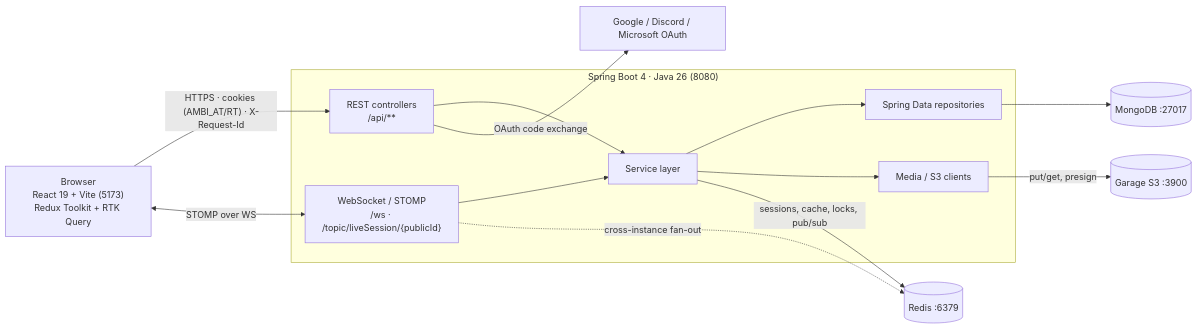
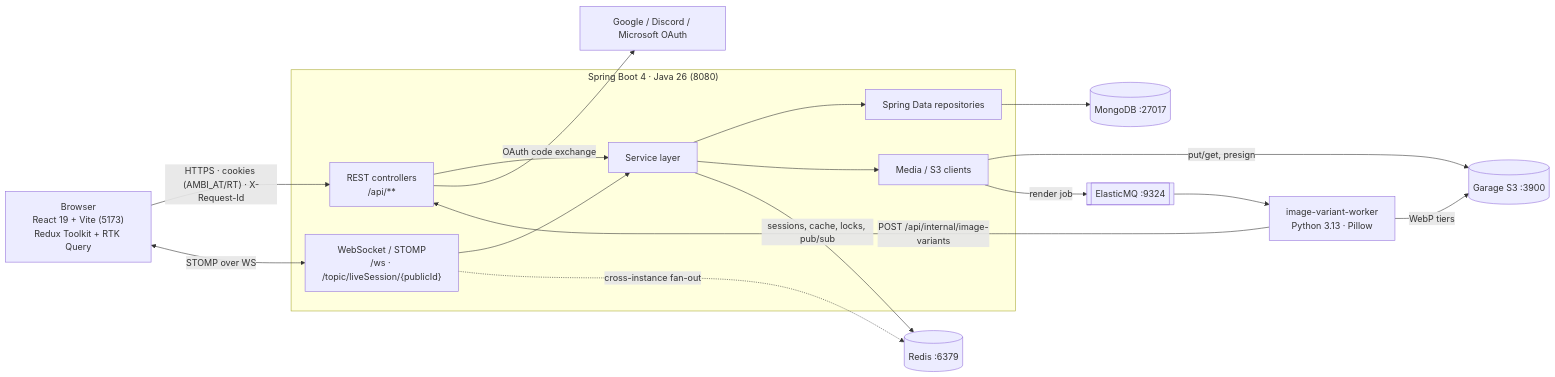
The second of 2 diagrams in z-docs/diagrams/system-overview.md (Saganaut/ambi), drawn with Mermaid before and after one commit. The commit also changed other lines of this file and 87 other files, not shown here.

First line of the commit message:
feat(media): add async image-variant rendering pipeline

````diff
--- a/z-docs/diagrams/system-overview.md
+++ b/z-docs/diagrams/system-overview.md
@@ -46,25 +53,29 @@
 ```mermaid
 flowchart LR
     Browser["Browser<br/>React 19 + Vite (5173)<br/>Redux Toolkit + RTK Query"]
 
     subgraph backend["Spring Boot 4 · Java 26 (8080)"]
         REST["REST controllers<br/>/api/**"]
         WS["WebSocket / STOMP<br/>/ws · /topic/liveSession/{publicId}"]
         SVC["Service layer"]
         REPO["Spring Data repositories"]
         MEDIA["Media / S3 clients"]
     end
 
     Browser -->|"HTTPS · cookies (AMBI_AT/RT) · X-Request-Id"| REST
     Browser <-->|"STOMP over WS"| WS
     REST --> SVC
     WS --> SVC
     SVC --> REPO
     SVC --> MEDIA
 
     REPO --> MONGO[("MongoDB :27017")]
     SVC -->|"sessions, cache, locks, pub/sub"| REDIS[("Redis :6379")]
     WS -.->|"cross-instance fan-out"| REDIS
     MEDIA -->|"put/get, presign"| S3[("Garage S3 :3900")]
+    MEDIA -->|"render job"| QUEUE[["ElasticMQ :9324"]]
+    QUEUE --> WORKER["image-variant-worker<br/>Python 3.13 · Pillow"]
+    WORKER -->|"WebP tiers"| S3
+    WORKER -->|"POST /api/internal/image-variants"| REST
     REST -->|"OAuth code exchange"| IDP2["Google / Discord / Microsoft OAuth"]
 ```
````
